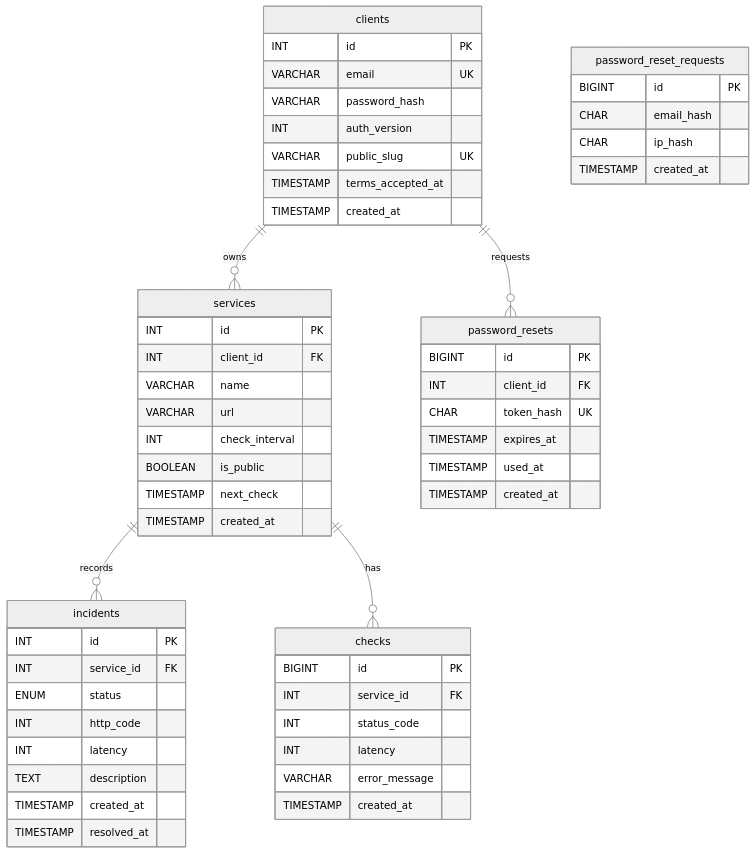
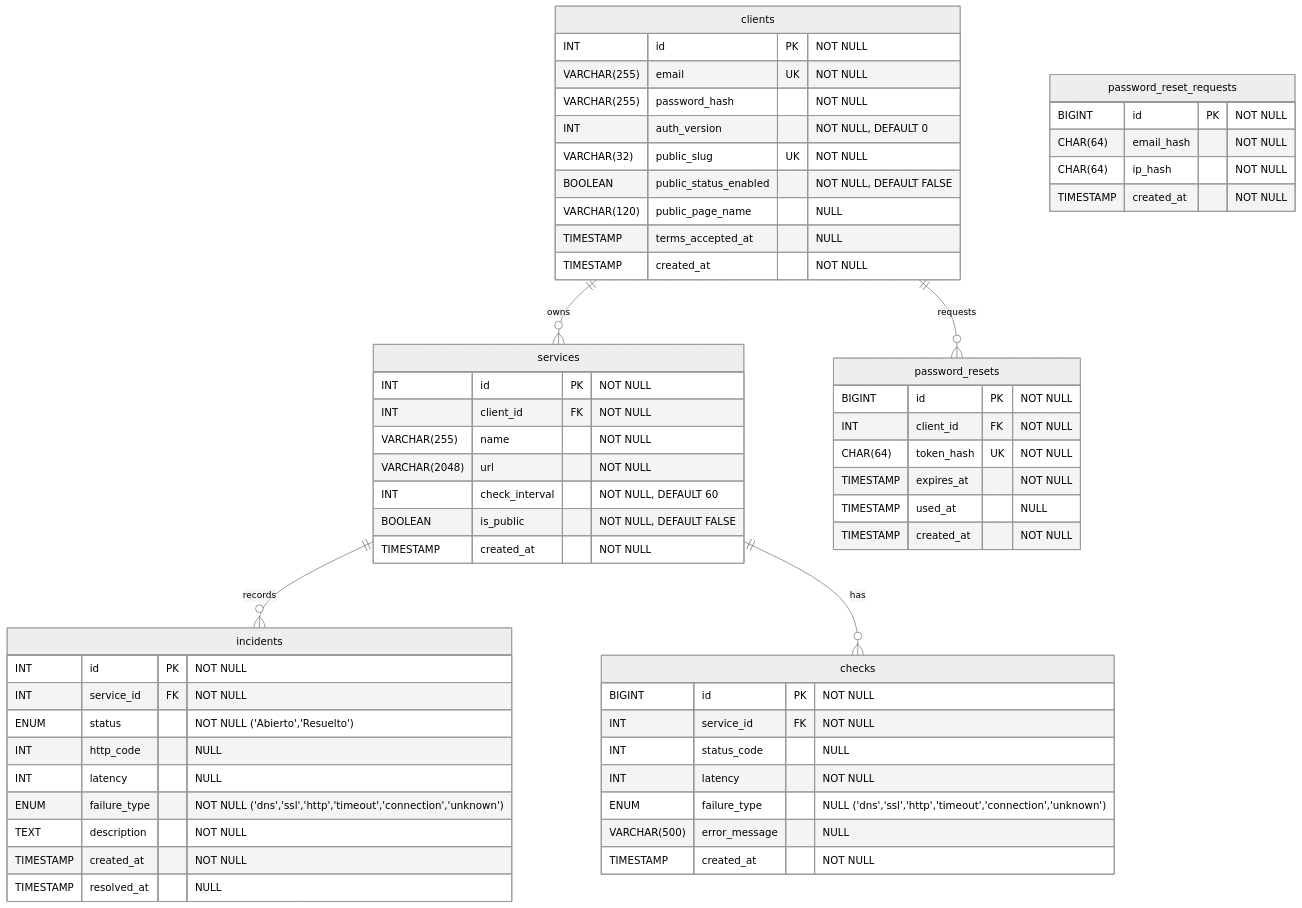
Before and after one commit to edu1993/StatusHub: the diagram in diagramas/db/statushub-db.mmd, drawn with Mermaid (neutral theme). The commit also changed 4 other files, not shown here.

Commit message:
feat(db): actualizar DER y esquema con failure_type, pagina publica y sin next_check

```diff
--- a/diagramas/db/statushub-db.mmd
+++ b/diagramas/db/statushub-db.mmd
@@ -1,62 +1,65 @@
 erDiagram
     clients {
-        INT id PK
-        VARCHAR email UK
-        VARCHAR password_hash
-        INT auth_version
-        VARCHAR public_slug UK
-        TIMESTAMP terms_accepted_at
-        TIMESTAMP created_at
+        INT id PK "NOT NULL"
+        VARCHAR(255) email UK "NOT NULL"
+        VARCHAR(255) password_hash "NOT NULL"
+        INT auth_version "NOT NULL, DEFAULT 0"
+        VARCHAR(32) public_slug UK "NOT NULL"
+        BOOLEAN public_status_enabled "NOT NULL, DEFAULT FALSE"
+        VARCHAR(120) public_page_name "NULL"
+        TIMESTAMP terms_accepted_at "NULL"
+        TIMESTAMP created_at "NOT NULL"
     }
 
     services {
-        INT id PK
-        INT client_id FK
-        VARCHAR name
-        VARCHAR url
-        INT check_interval
-        BOOLEAN is_public
-        TIMESTAMP next_check
-        TIMESTAMP created_at
+        INT id PK "NOT NULL"
+        INT client_id FK "NOT NULL"
+        VARCHAR(255) name "NOT NULL"
+        VARCHAR(2048) url "NOT NULL"
+        INT check_interval "NOT NULL, DEFAULT 60"
+        BOOLEAN is_public "NOT NULL, DEFAULT FALSE"
+        TIMESTAMP created_at "NOT NULL"
     }
 
     incidents {
-        INT id PK
-        INT service_id FK
-        ENUM status
-        INT http_code
-        INT latency
-        TEXT description
-        TIMESTAMP created_at
-        TIMESTAMP resolved_at
+        INT id PK "NOT NULL"
+        INT service_id FK "NOT NULL"
+        ENUM status "NOT NULL ('Abierto','Resuelto')"
+        INT http_code "NULL"
+        INT latency "NULL"
+        ENUM failure_type "NOT NULL ('dns','ssl','http','timeout','connection','unknown')"
+        TEXT description "NOT NULL"
+        TIMESTAMP created_at "NOT NULL"
+        TIMESTAMP resolved_at "NULL"
     }
 
     checks {
-        BIGINT id PK
-        INT service_id FK
-        INT status_code
-        INT latency
-        VARCHAR error_message
-        TIMESTAMP created_at
+        BIGINT id PK "NOT NULL"
+        INT service_id FK "NOT NULL"
+        INT status_code "NULL"
+        INT latency "NOT NULL"
+        ENUM failure_type "NULL ('dns','ssl','http','timeout','connection','unknown')"
+        VARCHAR(500) error_message "NULL"
+        TIMESTAMP created_at "NOT NULL"
     }
 
     password_resets {
-        BIGINT id PK
-        INT client_id FK
-        CHAR token_hash UK
-        TIMESTAMP expires_at
-        TIMESTAMP used_at
-        TIMESTAMP created_at
+        BIGINT id PK "NOT NULL"
+        INT client_id FK "NOT NULL"
+        CHAR(64) token_hash UK "NOT NULL"
+        TIMESTAMP expires_at "NOT NULL"
+        TIMESTAMP used_at "NULL"
+        TIMESTAMP created_at "NOT NULL"
     }
 
     password_reset_requests {
-        BIGINT id PK
-        CHAR email_hash
-        CHAR ip_hash
-        TIMESTAMP created_at
+        BIGINT id PK "NOT NULL"
+        CHAR(64) email_hash "NOT NULL"
+        CHAR(64) ip_hash "NOT NULL"
+        TIMESTAMP created_at "NOT NULL"
     }
 
     clients ||--o{ services : owns
     services ||--o{ incidents : records
     services ||--o{ checks : has
     clients ||--o{ password_resets : requests
```
